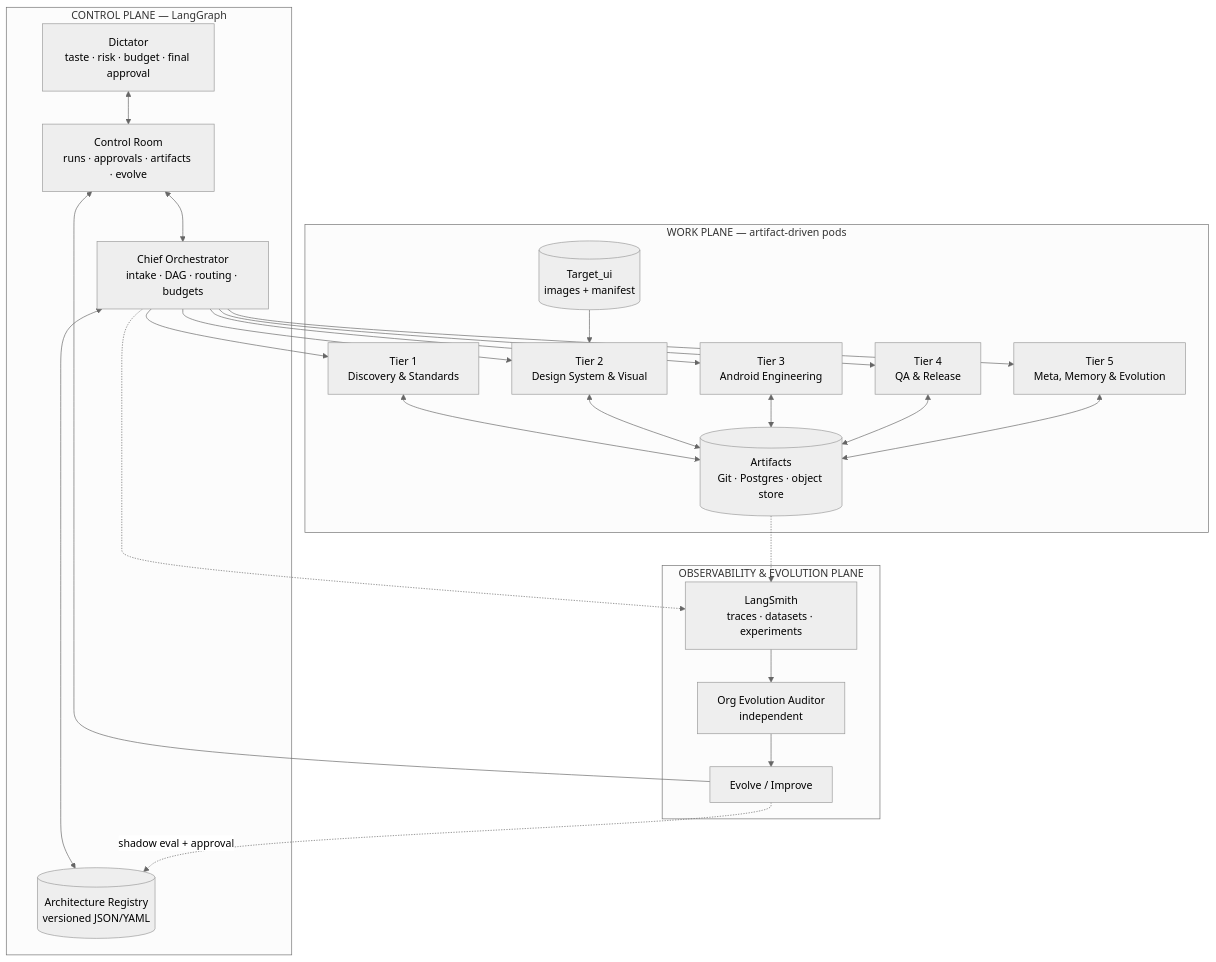
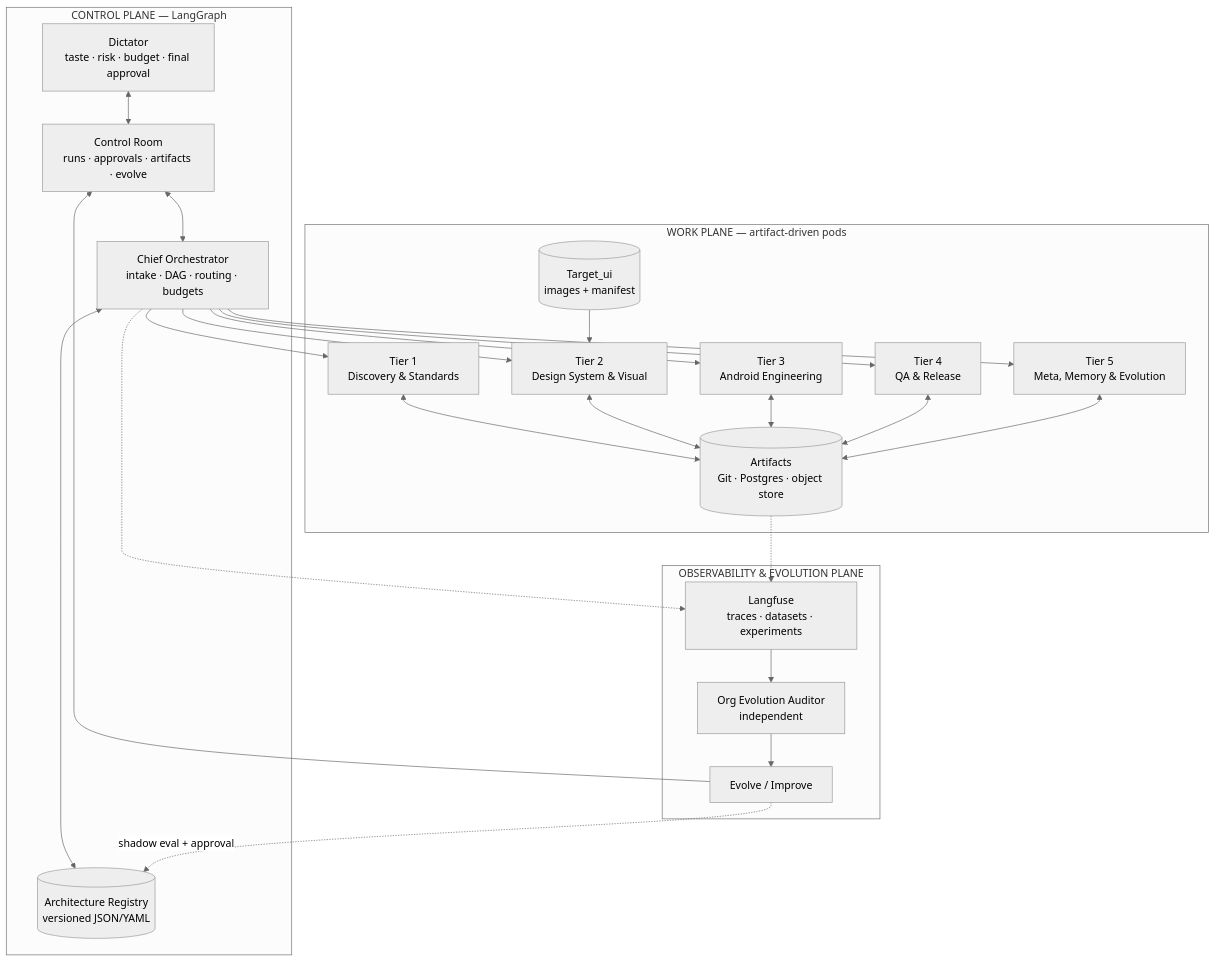
Before and after one commit to yosantosh/Team_of_agents_designing_UI_ux: the first of 4 diagrams in ui_ux-agent_company.md, drawn with Mermaid (neutral theme). The commit also changed other lines of this file and 23 other files, not shown here.

Commit message:
Replace LangSmith with self-hosted Langfuse observability

````diff
--- a/ui_ux-agent_company.md
+++ b/ui_ux-agent_company.md
@@ -121,45 +121,45 @@
 ```mermaid
 flowchart TB
   subgraph CONTROL["CONTROL PLANE — LangGraph"]
     H["Dictator<br/>taste · risk · budget · final approval"]
     DASH["Control Room<br/>runs · approvals · artifacts · evolve"]
     ORCH["Chief Orchestrator<br/>intake · DAG · routing · budgets"]
     REG[("Architecture Registry<br/>versioned JSON/YAML")]
     H <--> DASH
     DASH <--> ORCH
     ORCH <--> REG
   end
 
   subgraph WORK["WORK PLANE — artifact-driven pods"]
     T1["Tier 1<br/>Discovery & Standards"]
     T2["Tier 2<br/>Design System & Visual"]
     T3["Tier 3<br/>Android Engineering"]
     T4["Tier 4<br/>QA & Release"]
     T5["Tier 5<br/>Meta, Memory & Evolution"]
     TARGET[("Target_ui<br/>images + manifest")]
     ART[("Artifacts<br/>Git · Postgres · object store")]
     ORCH --> T1
     ORCH --> T2
     ORCH --> T3
     ORCH --> T4
     ORCH --> T5
     TARGET --> T2
     T1 <--> ART
     T2 <--> ART
     T3 <--> ART
     T4 <--> ART
     T5 <--> ART
   end
 
   subgraph OBS["OBSERVABILITY & EVOLUTION PLANE"]
-    LS["LangSmith<br/>traces · datasets · experiments"]
+    LS["Langfuse<br/>traces · datasets · experiments"]
     AUD["Org Evolution Auditor<br/>independent"]
     EVO["Evolve / Improve"]
     ORCH -.-> LS
     ART -.-> LS
     LS --> AUD
     AUD --> EVO
     EVO --> DASH
     EVO -. "shadow eval + approval" .-> REG
   end
 ```
````
